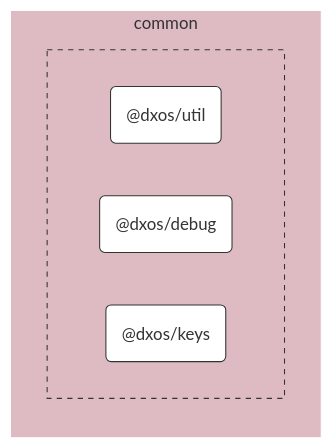
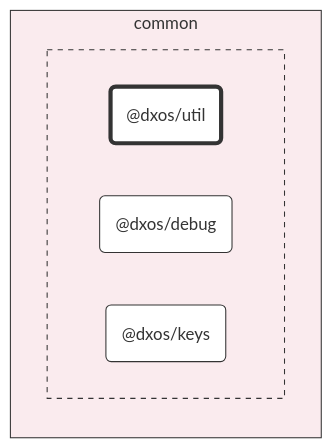
One commit to dxos/dxos changed the diagram in packages/common/util/docs/README.md. Above: the diagram before and after it, drawn with Mermaid. The commit also changed 93 other files, not shown here.

First line of the commit message:
chore: hierarchical graphs. (#1583)

````diff
--- a/packages/common/util/docs/README.md
+++ b/packages/common/util/docs/README.md
@@ -7,28 +7,28 @@
 ```mermaid
 %%{ init: {'flowchart':{'curve':'basis'}} }%%
 
 flowchart LR
 
 %% Classes
 classDef def fill:#fff,stroke:#333,stroke-width:1px
 classDef root fill:#fff,stroke:#333,stroke-width:4px
 
 %% Nodes
 
 subgraph common [common]
-  style common fill:#debac2,stroke:#fff
+  style common fill:#faebee,stroke:#333
 
-  subgraph common-excluded [ ]
-    style common-excluded fill:#debac2,stroke:#333,stroke-dasharray:5 5
-    dxos/util("@dxos/util"):::def
+  subgraph _ [ ]
+    style _ fill:#faebee,stroke:#333,stroke-dasharray:5 5
+    dxos/util("@dxos/util"):::root
     click dxos/util "dxos/dxos/tree/main/packages/common/util/docs"
     dxos/debug("@dxos/debug"):::def
     click dxos/debug "dxos/dxos/tree/main/packages/common/debug/docs"
     dxos/keys("@dxos/keys"):::def
     click dxos/keys "dxos/dxos/tree/main/packages/common/keys/docs"
   end
 end
 
 %% Links
 linkStyle default stroke:#333,stroke-width:1px
 ```
````
